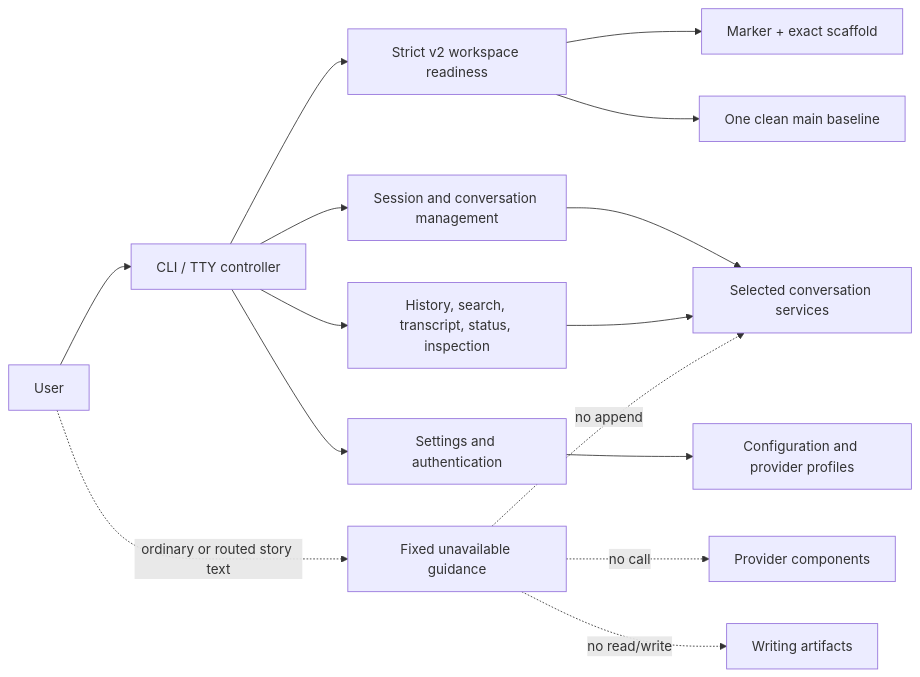
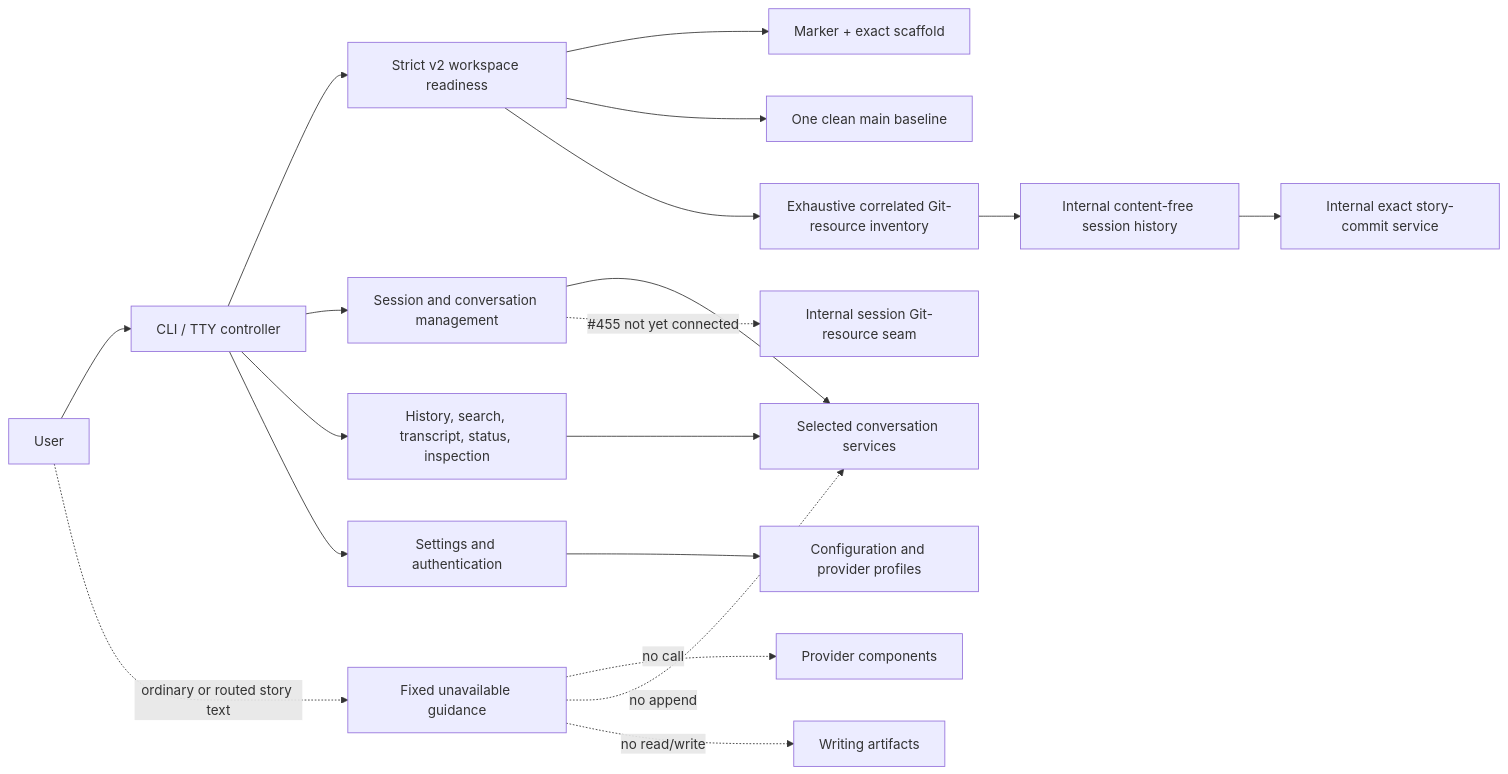
The diagram in docs/design/overview.md (Kims-DeveloperGroup/story-writing-agents), drawn with Mermaid before and after one commit. The commit also changed other lines of this file and 56 other files, not shown here.

First line of the commit message:
Separate session story and runtime Git histories (#517)

````diff
--- a/docs/design/overview.md
+++ b/docs/design/overview.md
@@ -13,17 +13,21 @@
 ```mermaid
 flowchart LR
     U[User] --> CLI[CLI / TTY controller]
     CLI --> WI[Strict v2 workspace readiness]
     WI --> WS[Marker + exact scaffold]
     WI --> G[One clean main baseline]
+    WI --> GI[Exhaustive correlated Git-resource inventory]
+    GI --> GH[Internal content-free session history]
+    GH --> GC[Internal exact story-commit service]
     CLI --> M[Session and conversation management]
     CLI --> I[History, search, transcript, status, inspection]
     CLI --> S[Settings and authentication]
     M --> CS[Selected conversation services]
     I --> CS
     S --> CFG[Configuration and provider profiles]
     U -. ordinary or routed story text .-> X[Fixed unavailable guidance]
     X -. no call .-> P[Provider components]
     X -. no append .-> CS
     X -. no read/write .-> A[Writing artifacts]
+    M -. #455 not yet connected .-> GR[Internal session Git-resource seam]
 ```
````
